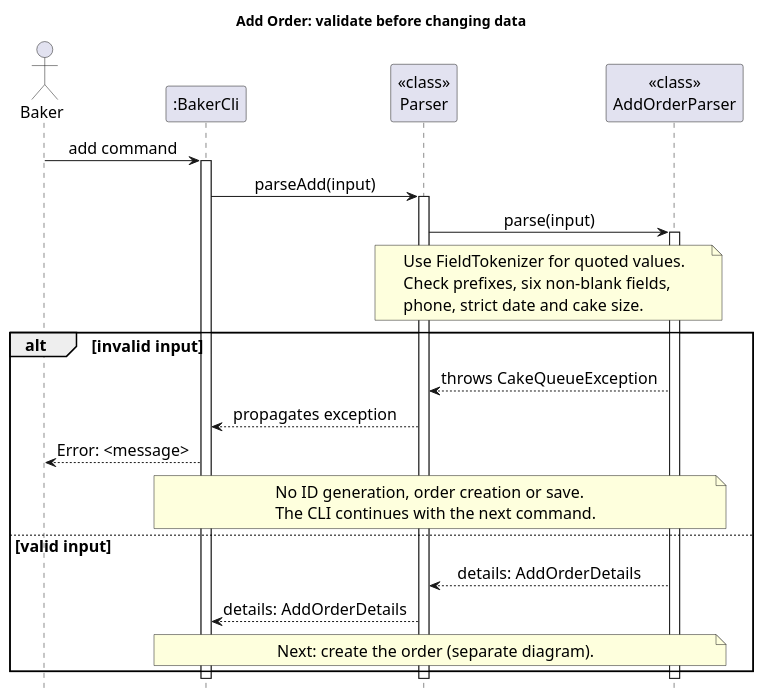
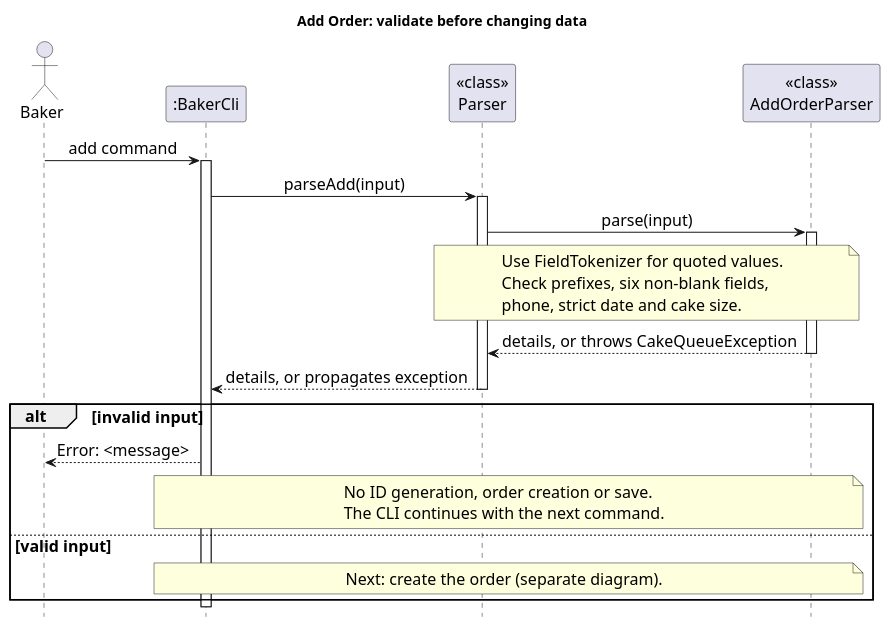
The diagram in docs/diagrams/add-order-validation.puml (AY2627S1-CS2113-W12-1/tp), drawn with PlantUML before and after one commit. The commit also changed 18 other files, not shown here.

First line of the commit message:
Fix DG sequence diagrams

```diff
--- a/docs/diagrams/add-order-validation.puml
+++ b/docs/diagrams/add-order-validation.puml
@@ -1,42 +1,40 @@
 @startuml
 ' Author: Eethanzyj
 title Add Order: validate before changing data
 skinparam backgroundColor white
 skinparam defaultFontName SansSerif
 skinparam defaultFontSize 16
 skinparam sequenceMessageAlign center
 hide footbox
 
 actor Baker
 participant ":BakerCli" as Cli
 participant "<<class>>\nParser" as Parser
 participant "<<class>>\nAddOrderParser" as AddParser
 
 Baker -> Cli : add command
 activate Cli
 Cli -> Parser : parseAdd(input)
 activate Parser
 Parser -> AddParser : parse(input)
 activate AddParser
 note over Parser, AddParser
   Use FieldTokenizer for quoted values.
   Check prefixes, six non-blank fields,
   phone, strict date and cake size.
 end note
+AddParser --> Parser : details, or throws CakeQueueException
+deactivate AddParser
+Parser --> Cli : details, or propagates exception
+deactivate Parser
 alt invalid input
-  AddParser --> Parser : throws CakeQueueException
-  Parser --> Cli : propagates exception
   Cli --> Baker : Error: <message>
   note over Cli, AddParser
     No ID generation, order creation or save.
     The CLI continues with the next command.
   end note
 else valid input
-  AddParser --> Parser : details: AddOrderDetails
-  Parser --> Cli : details: AddOrderDetails
   note over Cli, AddParser : Next: create the order (separate diagram).
 end
-deactivate AddParser
-deactivate Parser
 deactivate Cli
 @enduml
```
